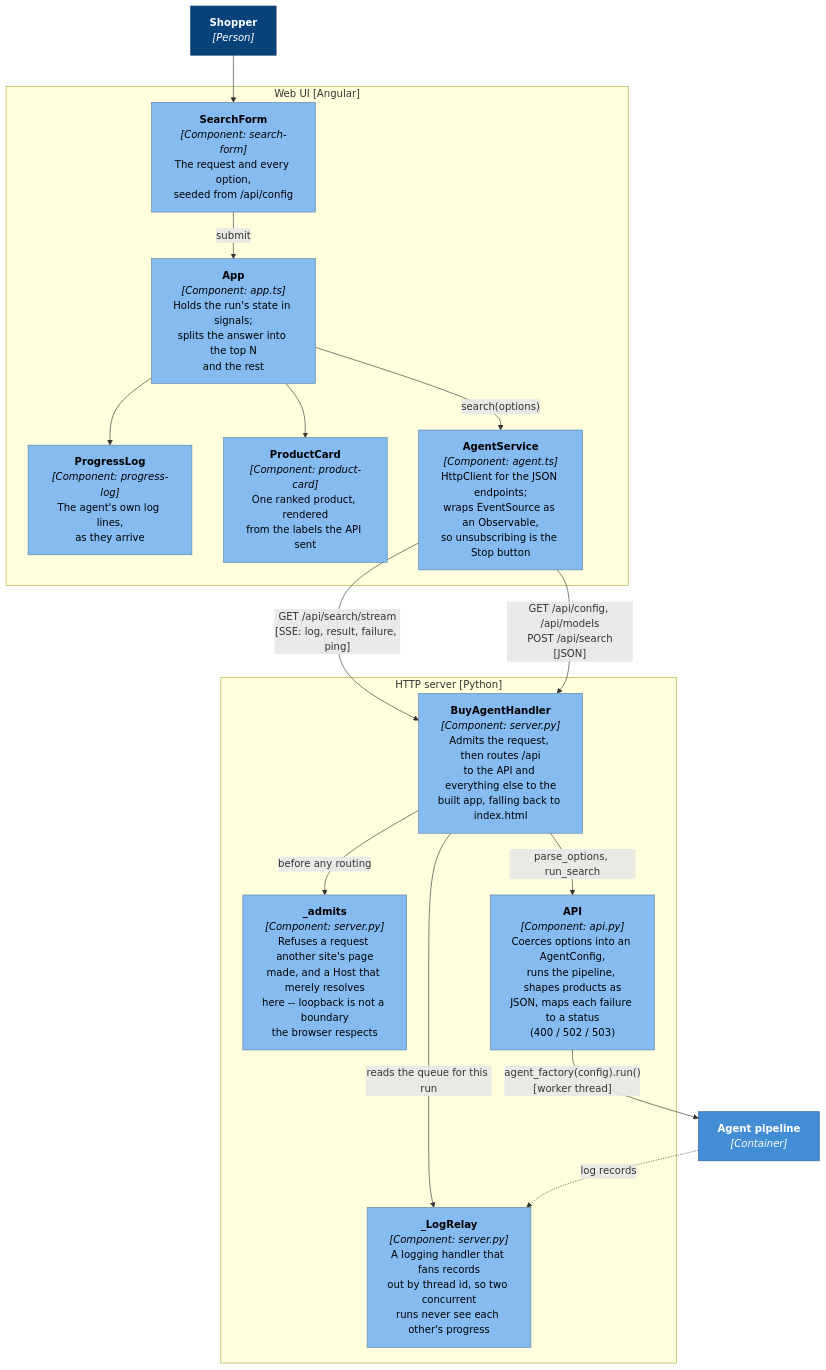
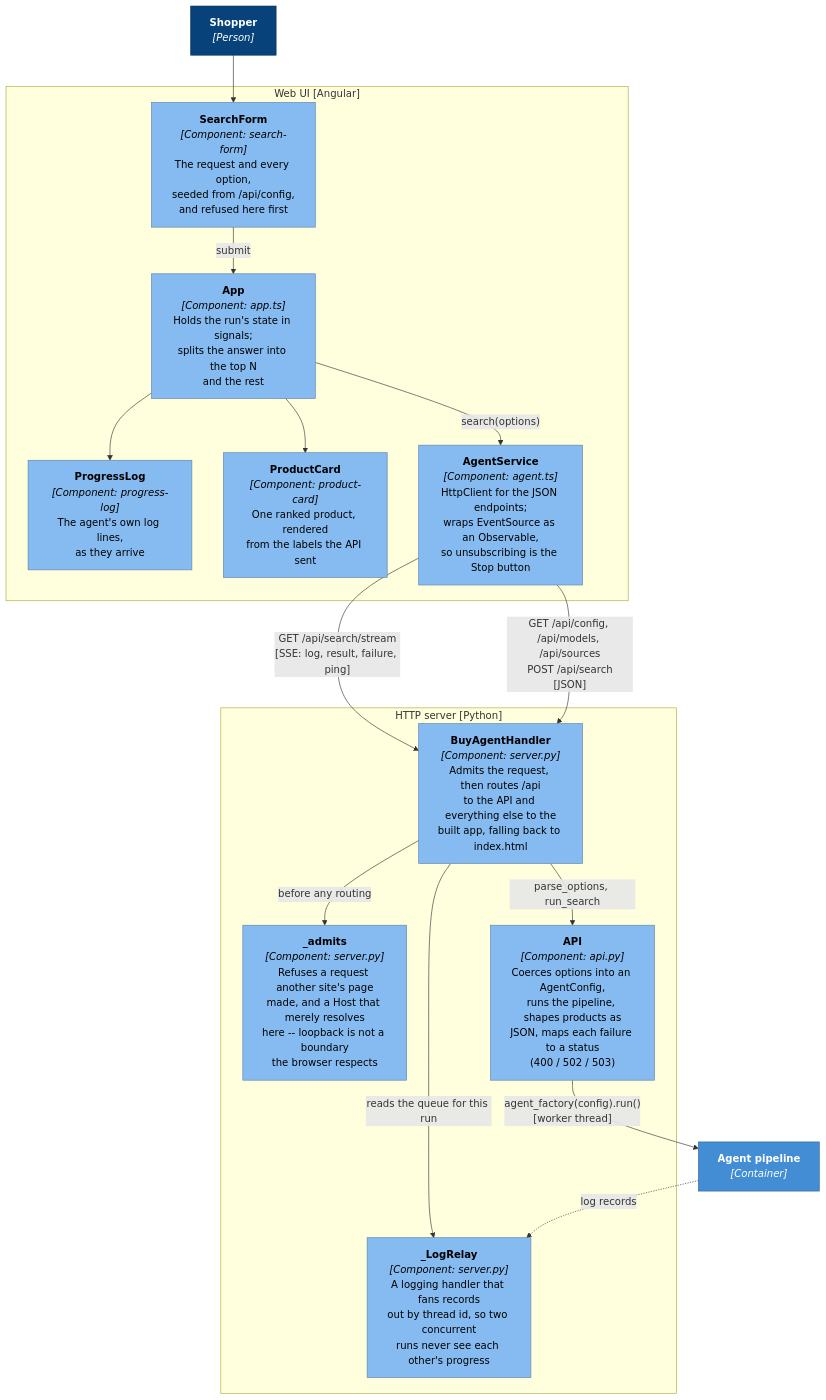
Before and after one commit to adamw7/buy_agent: the fourth of 5 diagrams in docs/architecture.md, drawn with Mermaid. The commit also changed other lines of this file and 21 other files, not shown here.

````diff
--- a/docs/architecture.md
+++ b/docs/architecture.md
@@ -222,42 +222,42 @@
 ```mermaid
 graph TB
     browserUser["<b>Shopper</b><br/><i>[Person]</i>"]
 
     subgraph spa["Web UI [Angular]"]
         app["<b>App</b><br/><i>[Component: app.ts]</i><br/>Holds the run's state in signals;<br/>splits the answer into the top N<br/>and the rest"]
-        form["<b>SearchForm</b><br/><i>[Component: search-form]</i><br/>The request and every option,<br/>seeded from /api/config"]
+        form["<b>SearchForm</b><br/><i>[Component: search-form]</i><br/>The request and every option,<br/>seeded from /api/config,<br/>and refused here first"]
         log["<b>ProgressLog</b><br/><i>[Component: progress-log]</i><br/>The agent's own log lines,<br/>as they arrive"]
         card["<b>ProductCard</b><br/><i>[Component: product-card]</i><br/>One ranked product, rendered<br/>from the labels the API sent"]
         agentsvc["<b>AgentService</b><br/><i>[Component: agent.ts]</i><br/>HttpClient for the JSON endpoints;<br/>wraps EventSource as an Observable,<br/>so unsubscribing is the Stop button"]
     end
 
     subgraph srv["HTTP server [Python]"]
         handler["<b>BuyAgentHandler</b><br/><i>[Component: server.py]</i><br/>Admits the request, then routes /api<br/>to the API and everything else to the<br/>built app, falling back to index.html"]
         guard["<b>_admits</b><br/><i>[Component: server.py]</i><br/>Refuses a request another site's page<br/>made, and a Host that merely resolves<br/>here -- loopback is not a boundary<br/>the browser respects"]
         relay["<b>_LogRelay</b><br/><i>[Component: server.py]</i><br/>A logging handler that fans records<br/>out by thread id, so two concurrent<br/>runs never see each other's progress"]
         api["<b>API</b><br/><i>[Component: api.py]</i><br/>Coerces options into an AgentConfig,<br/>runs the pipeline, shapes products as<br/>JSON, maps each failure to a status<br/>(400 / 502 / 503)"]
     end
 
     agentpipeline["<b>Agent pipeline</b><br/><i>[Container]</i>"]
 
     browserUser --> form
     form -->|"submit"| app
     app --> log
     app --> card
     app -->|"search(options)"| agentsvc
     agentsvc -->|"GET /api/search/stream<br/>[SSE: log, result, failure, ping]"| handler
-    agentsvc -->|"GET /api/config, /api/models<br/>POST /api/search<br/>[JSON]"| handler
+    agentsvc -->|"GET /api/config, /api/models, /api/sources<br/>POST /api/search<br/>[JSON]"| handler
 
     handler -->|"before any routing"| guard
     handler -->|"parse_options, run_search"| api
     handler -->|"reads the queue for this run"| relay
     api -->|"agent_factory(config).run()<br/>[worker thread]"| agentpipeline
     agentpipeline -.->|"log records"| relay
 
     classDef person fill:#08427b,stroke:#052e56,color:#fff
     classDef container fill:#438dd5,stroke:#2e6295,color:#fff
     classDef component fill:#85bbf0,stroke:#5d82a8,color:#000
     class browserUser person
     class agentpipeline container
     class app,form,log,card,agentsvc,handler,guard,relay,api component
 ```
````
